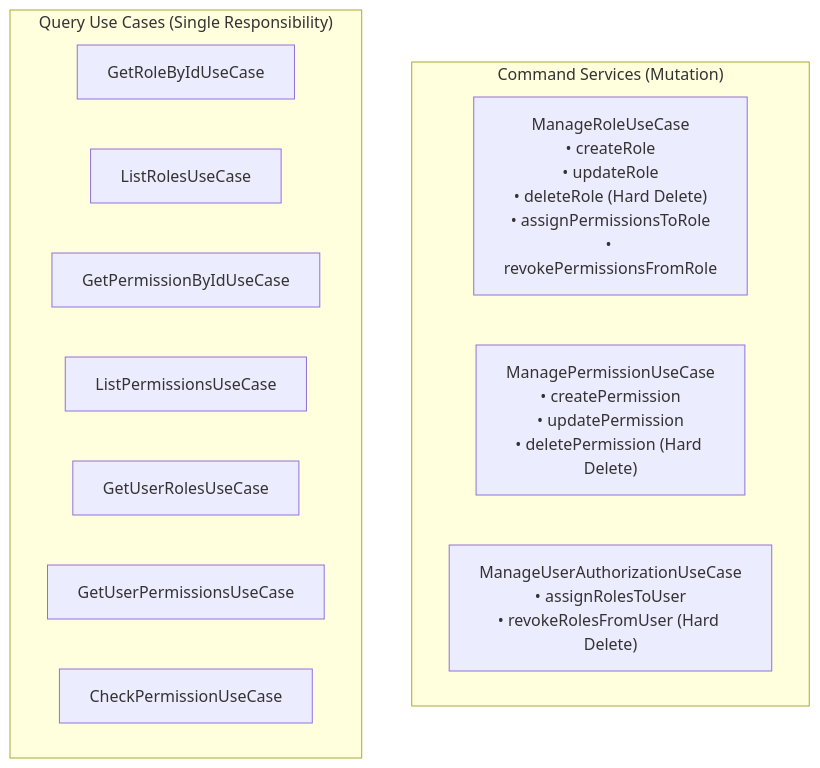
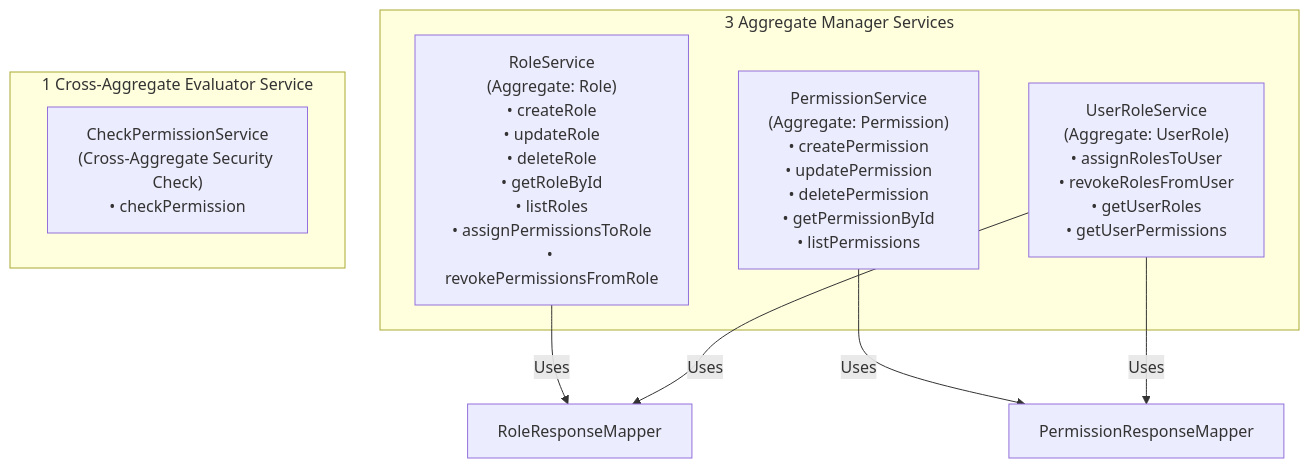
Before and after one commit to MaiTheHao/vaops: the second of 2 diagrams in docs/superpowers/specs/2026-07-29-authorization-v2-refactoring-design.md, drawn with Mermaid. The commit also changed other lines of this file, not shown here.

Commit message:
docs(authorization): adopt 3+1 aggregate boundary service architecture

````diff
--- a/docs/superpowers/specs/2026-07-29-authorization-v2-refactoring-design.md
+++ b/docs/superpowers/specs/2026-07-29-authorization-v2-refactoring-design.md
@@ -379,18 +397,17 @@
 ```mermaid
 flowchart TD
-    subgraph CommandServices["Command Services (Mutation)"]
-        MR["ManageRoleUseCase<br/>• createRole<br/>• updateRole<br/>• deleteRole (Hard Delete)<br/>• assignPermissionsToRole<br/>• revokePermissionsFromRole"]
-        MP["ManagePermissionUseCase<br/>• createPermission<br/>• updatePermission<br/>• deletePermission (Hard Delete)"]
-        MUA["ManageUserAuthorizationUseCase<br/>• assignRolesToUser<br/>• revokeRolesFromUser (Hard Delete)"]
+    subgraph AggregateServices["3 Aggregate Manager Services"]
+        RS["RoleService<br/>(Aggregate: Role)<br/>• createRole<br/>• updateRole<br/>• deleteRole<br/>• getRoleById<br/>• listRoles<br/>• assignPermissionsToRole<br/>• revokePermissionsFromRole"]
+        PS["PermissionService<br/>(Aggregate: Permission)<br/>• createPermission<br/>• updatePermission<br/>• deletePermission<br/>• getPermissionById<br/>• listPermissions"]
+        URS["UserRoleService<br/>(Aggregate: UserRole)<br/>• assignRolesToUser<br/>• revokeRolesFromUser<br/>• getUserRoles<br/>• getUserPermissions"]
     end
 
-    subgraph QueryUseCases["Query Use Cases (Single Responsibility)"]
-        Q1["GetRoleByIdUseCase"]
-        Q2["ListRolesUseCase"]
-        Q3["GetPermissionByIdUseCase"]
-        Q4["ListPermissionsUseCase"]
-        Q5["GetUserRolesUseCase"]
-        Q6["GetUserPermissionsUseCase"]
-        Q7["CheckPermissionUseCase"]
+    subgraph CrossAggregateService["1 Cross-Aggregate Evaluator Service"]
+        CPS["CheckPermissionService<br/>(Cross-Aggregate Security Check)<br/>• checkPermission"]
     end
+
+    RS -->|Uses| RoleMapper["RoleResponseMapper"]
+    PS -->|Uses| PermMapper["PermissionResponseMapper"]
+    URS -->|Uses| RoleMapper
+    URS -->|Uses| PermMapper
 ```
````
